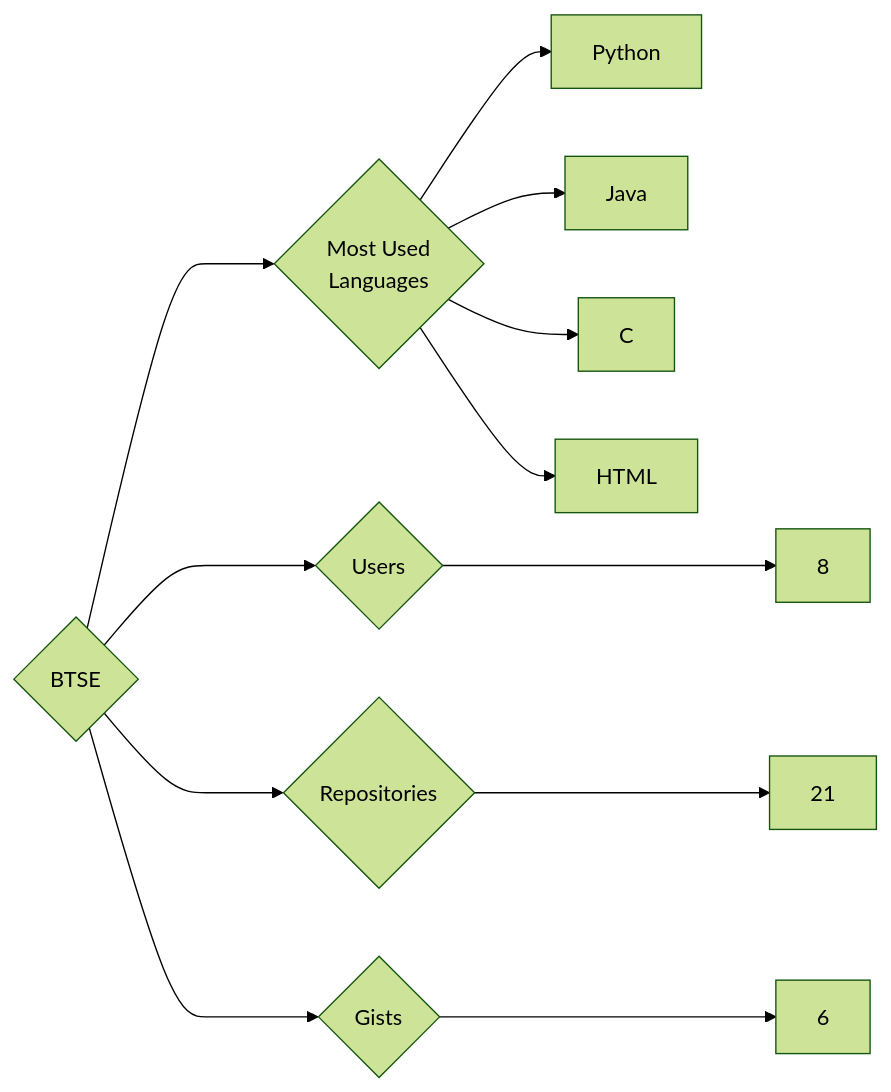
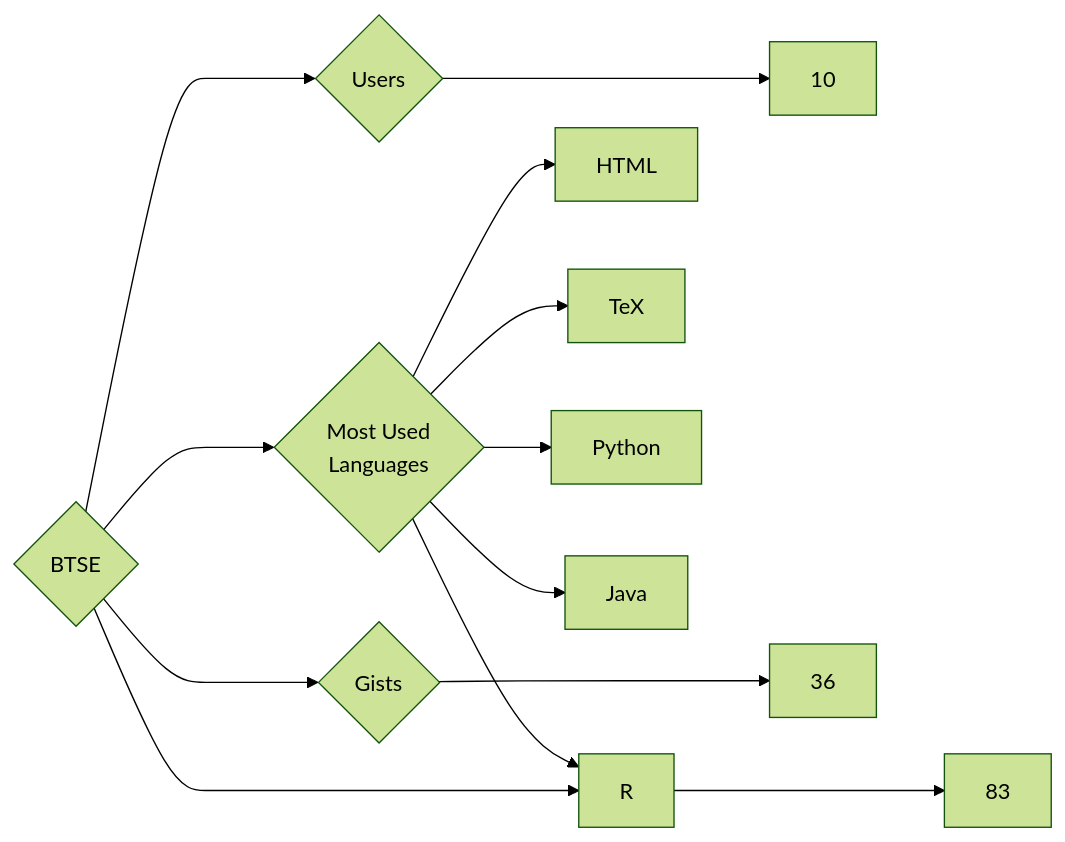
The diagram in targets/BTSE/README.md (trickest/insiders), drawn with Mermaid (forest theme) before and after one commit. The commit also changed 815 other files, not shown here.

````diff
--- a/targets/BTSE/README.md
+++ b/targets/BTSE/README.md
@@ -3,12 +3,13 @@
 ```mermaid
 graph LR
 COMPANY_NAME{BTSE}
-COMPANY_NAME ---> U{Users} ---> UN[8]
-COMPANY_NAME ---> R{Repositories} ---> RN[21]
-COMPANY_NAME ---> G{Gists} ---> GN[6]
+COMPANY_NAME ---> U{Users} ---> UN[10]
+COMPANY_NAME ---> R{Repositories} ---> RN[83]
+COMPANY_NAME ---> G{Gists} ---> GN[36]
 COMPANY_NAME ---> ML{Most Used<br>Languages}
+ML --> HTML[HTML]
+ML --> R[R]
+ML --> TeX[TeX]
 ML --> Python[Python]
 ML --> Java[Java]
-ML --> C[C]
-ML --> HTML[HTML]
 ```
````
